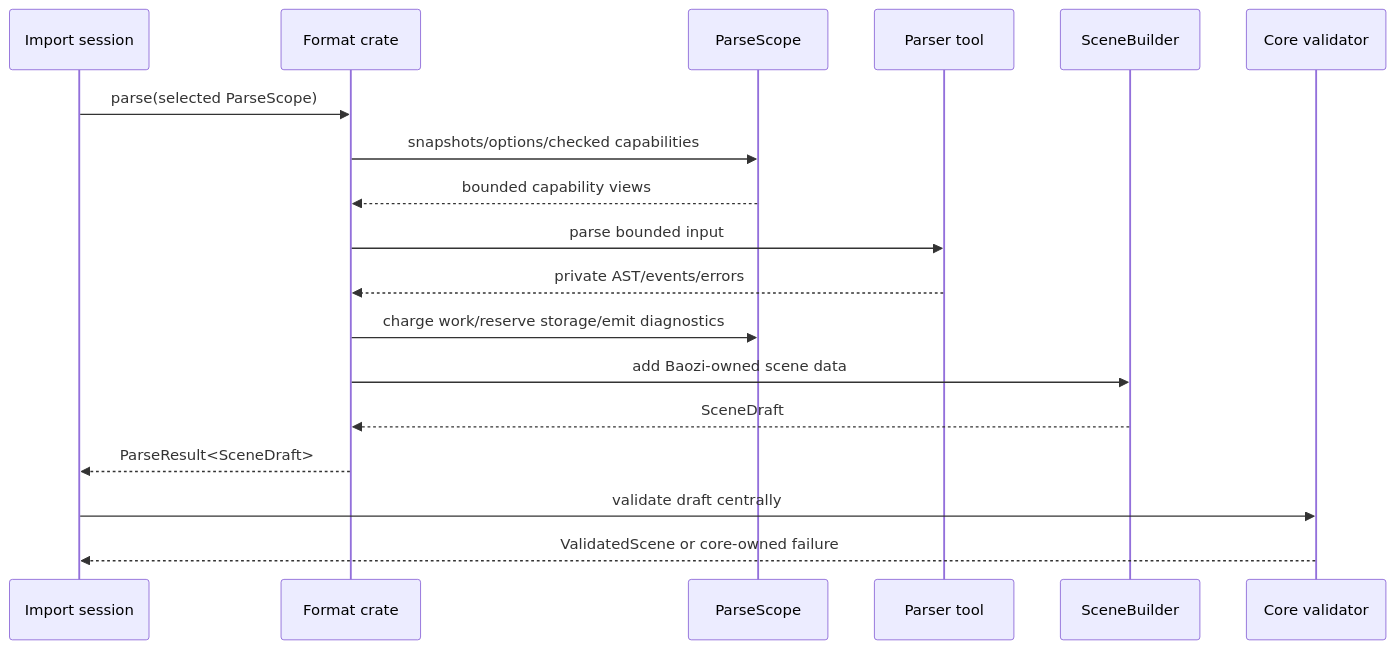
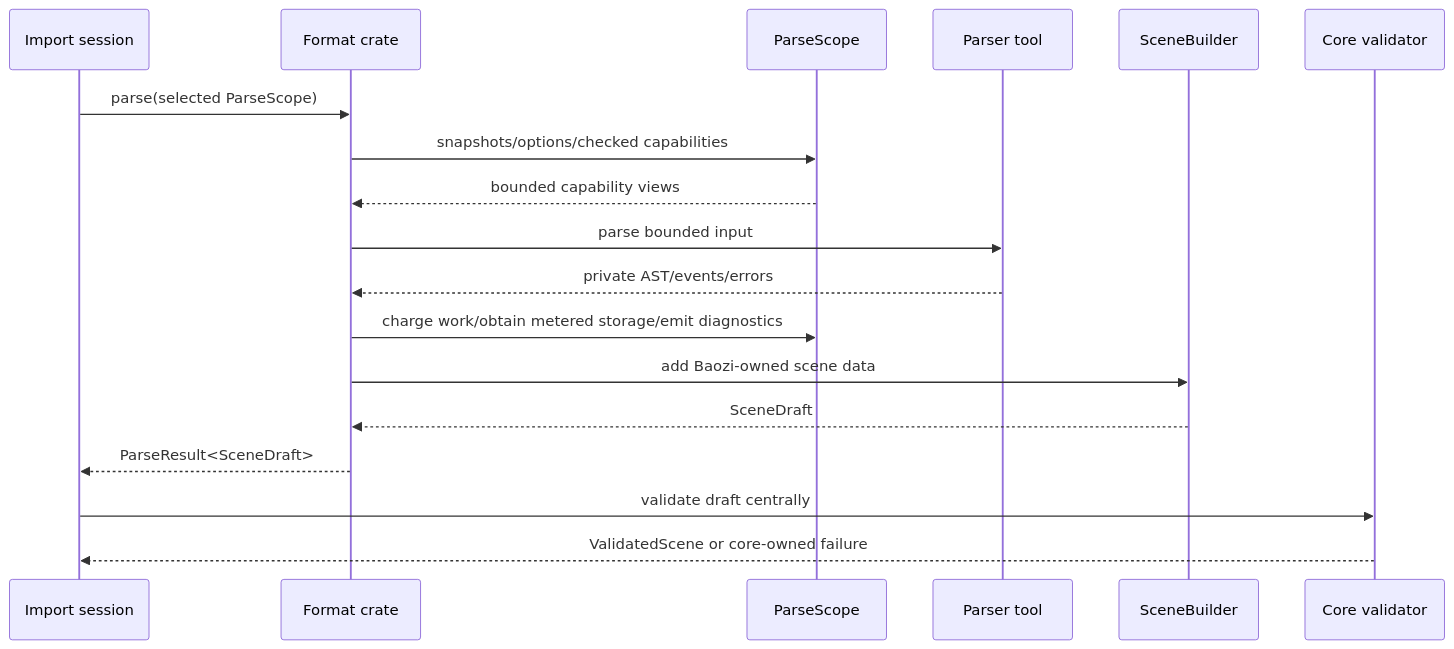
Before and after one commit to Latias94/baozi: the second of 2 diagrams in docs/adr/0018-parser-tooling-and-format-owned-parser-policy.md, drawn with Mermaid. The commit also changed other lines of this file and 32 other files, not shown here.

First line of the commit message:
feat(architecture): enforce canonical ADR governance

````diff
--- a/docs/adr/0018-parser-tooling-and-format-owned-parser-policy.md
+++ b/docs/adr/0018-parser-tooling-and-format-owned-parser-policy.md
@@ -109,21 +119,21 @@
 ```mermaid
 sequenceDiagram
     participant Session as Import session
     participant Format as Format crate
     participant Scope as ParseScope
     participant Tool as Parser tool
     participant Builder as SceneBuilder
     participant Validator as Core validator
 
     Session->>Format: parse(selected ParseScope)
     Format->>Scope: snapshots/options/checked capabilities
     Scope-->>Format: bounded capability views
     Format->>Tool: parse bounded input
     Tool-->>Format: private AST/events/errors
-    Format->>Scope: charge work/reserve storage/emit diagnostics
+    Format->>Scope: charge work/obtain metered storage/emit diagnostics
     Format->>Builder: add Baozi-owned scene data
     Builder-->>Format: SceneDraft
     Format-->>Session: ParseResult<SceneDraft>
     Session->>Validator: validate draft centrally
     Validator-->>Session: ValidatedScene or core-owned failure
 ```
````
